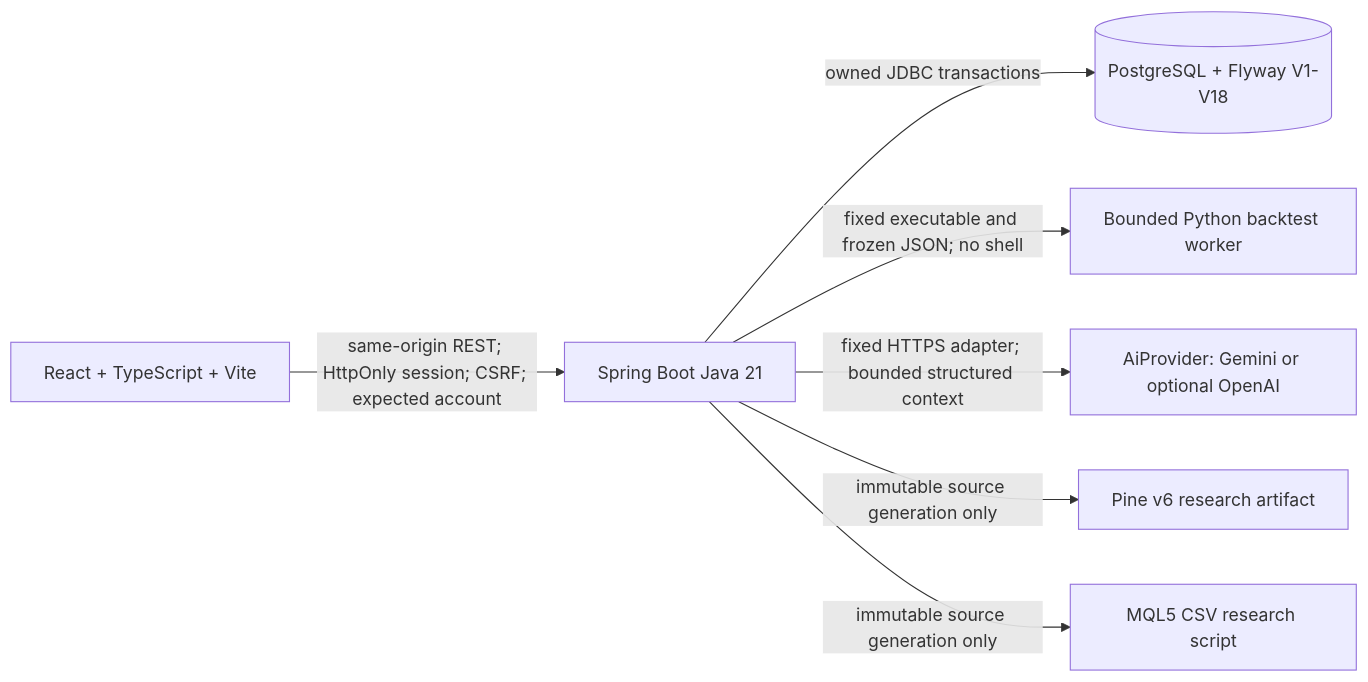
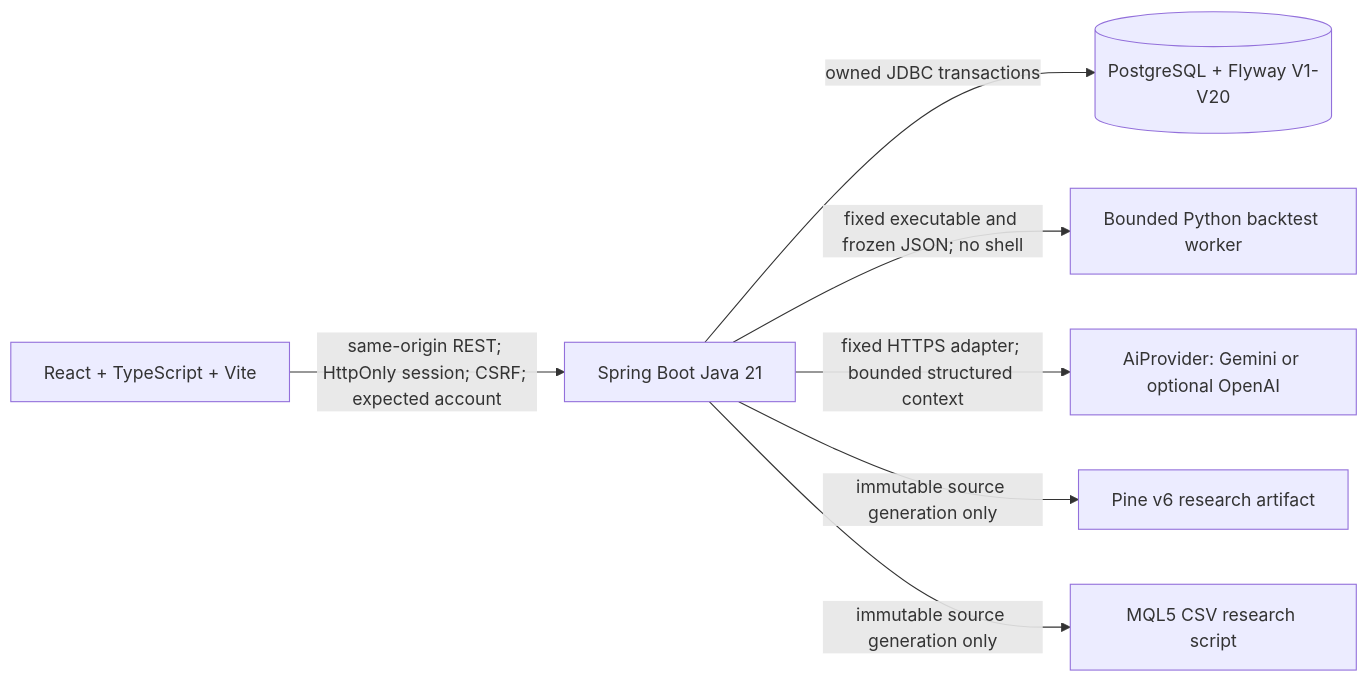
Before and after one commit to tranbaohoang10/AITrading: the first of 5 diagrams in docs/architecture.md, drawn with Mermaid. The commit also changed other lines of this file and 5 other files, not shown here.

````diff
--- a/docs/architecture.md
+++ b/docs/architecture.md
@@ -11,16 +11,16 @@
 ```mermaid
 flowchart LR
   Browser[React + TypeScript + Vite]
   API[Spring Boot Java 21]
-  DB[(PostgreSQL + Flyway V1-V18)]
+  DB[(PostgreSQL + Flyway V1-V20)]
   Python[Bounded Python backtest worker]
   AI[AiProvider: Gemini or optional OpenAI]
   Pine[Pine v6 research artifact]
   MQL[MQL5 CSV research script]
   Browser -->|same-origin REST; HttpOnly session; CSRF; expected account| API
   API -->|owned JDBC transactions| DB
   API -->|fixed executable and frozen JSON; no shell| Python
   API -->|fixed HTTPS adapter; bounded structured context| AI
   API -->|immutable source generation only| Pine
   API -->|immutable source generation only| MQL
 ```
````
